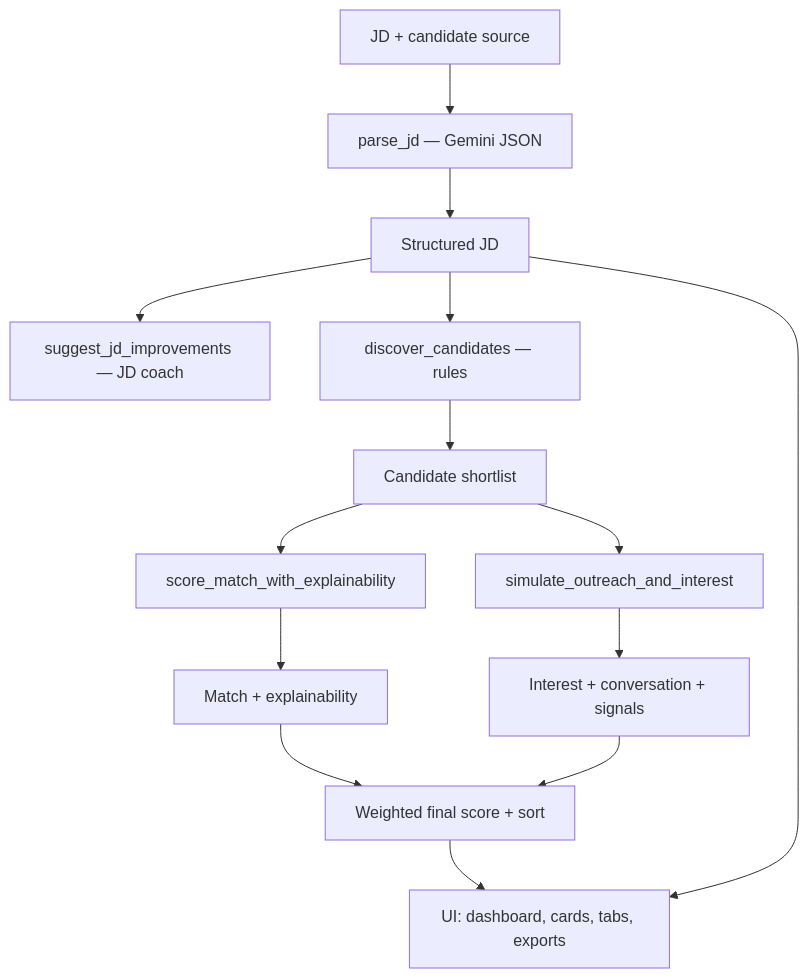
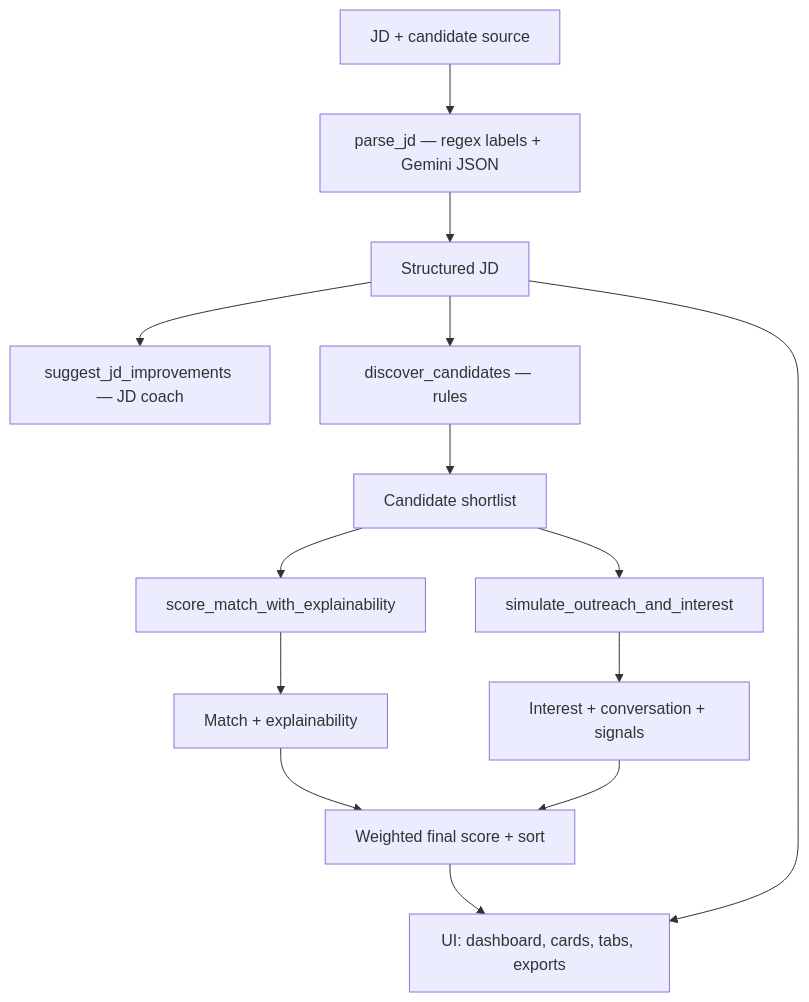
Before and after one commit to nikithchowdaryachanta/ai-talent-scout: the second of 4 diagrams in README.md, drawn with Mermaid. The commit also changed other lines of this file and 2 other files, not shown here.

Commit message:
feat: hybrid JD parse, compensation export, pay UI cues; sync docs

````diff
--- a/README.md
+++ b/README.md
@@ -154,16 +159,16 @@
 ```mermaid
 flowchart TD
-    A[JD + candidate source] --> B[parse_jd — Gemini JSON]
+    A[JD + candidate source] --> B[parse_jd — regex labels + Gemini JSON]
     B --> C[Structured JD]
     C --> D[suggest_jd_improvements — JD coach]
     C --> E[discover_candidates — rules]
     E --> F[Candidate shortlist]
     F --> G[score_match_with_explainability]
     F --> H[simulate_outreach_and_interest]
     G --> I[Match + explainability]
     H --> J[Interest + conversation + signals]
     I --> K[Weighted final score + sort]
     J --> K
     K --> L[UI: dashboard, cards, tabs, exports]
     C --> L
 ```
````
